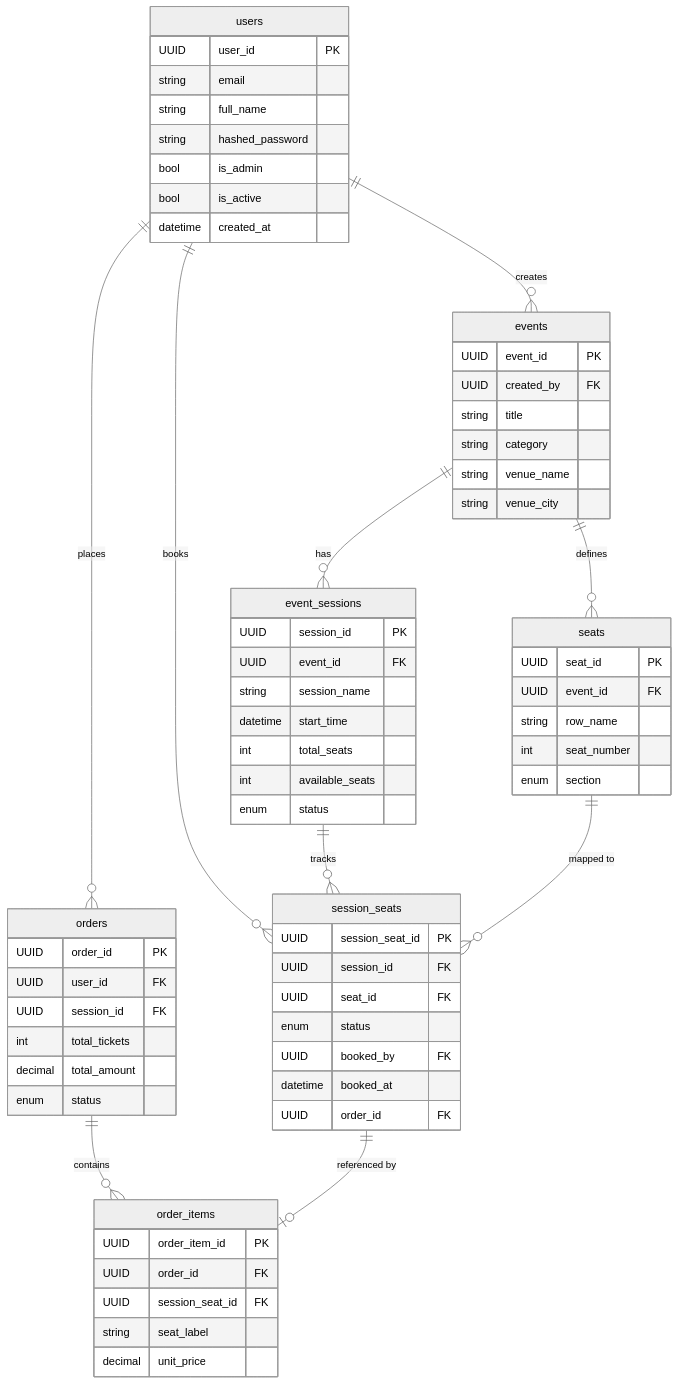
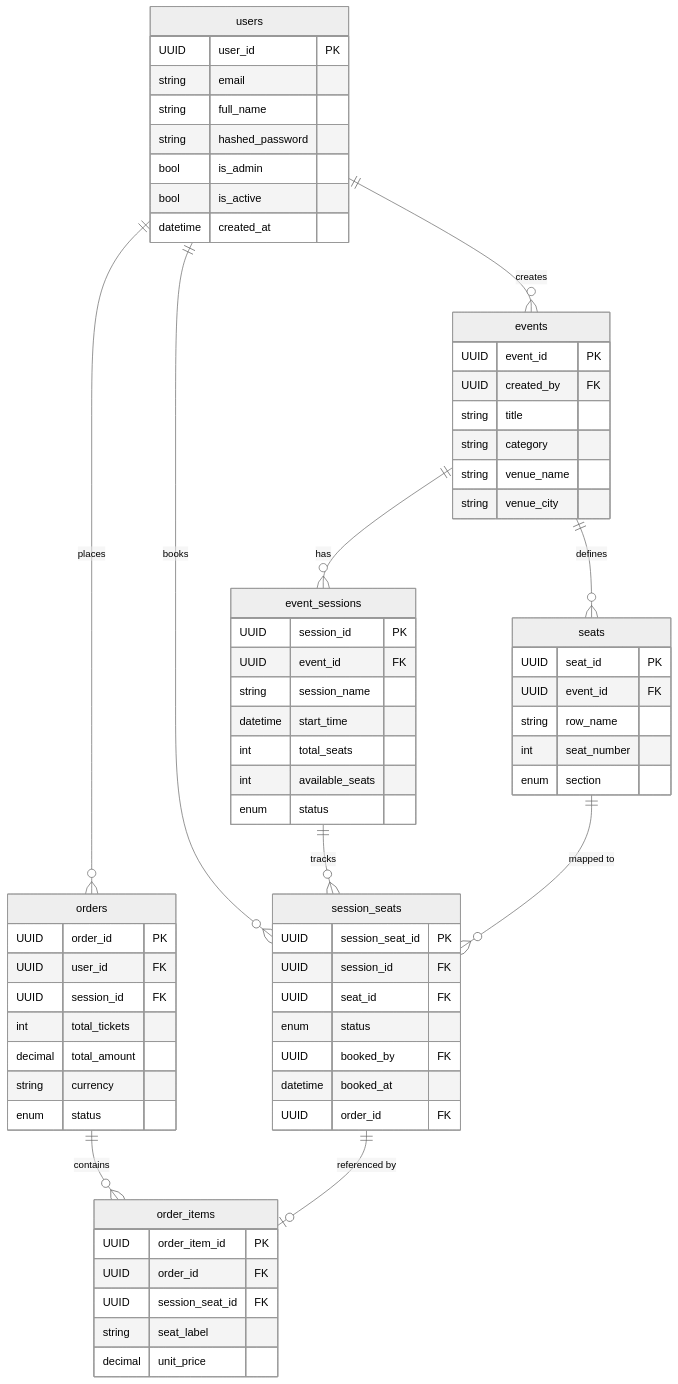
The second of 4 diagrams in README.md (Shailendra0801/FlashSeat), drawn with Mermaid (neutral theme) before and after one commit. The commit also changed other lines of this file and 69 other files, not shown here.

First line of the commit message:
rewrite frontend in React + TypeScript and complete core booking flow

````diff
--- a/README.md
+++ b/README.md
@@ -95,70 +345,71 @@
 ```mermaid
 erDiagram
     users {
         UUID user_id PK
         string email
         string full_name
         string hashed_password
         bool is_admin
         bool is_active
         datetime created_at
     }
     events {
         UUID event_id PK
         UUID created_by FK
         string title
         string category
         string venue_name
         string venue_city
     }
     event_sessions {
         UUID session_id PK
         UUID event_id FK
         string session_name
         datetime start_time
         int total_seats
         int available_seats
         enum status
     }
     seats {
         UUID seat_id PK
         UUID event_id FK
         string row_name
         int seat_number
         enum section
     }
     session_seats {
         UUID session_seat_id PK
         UUID session_id FK
         UUID seat_id FK
         enum status
         UUID booked_by FK
         datetime booked_at
         UUID order_id FK
     }
     orders {
         UUID order_id PK
         UUID user_id FK
         UUID session_id FK
         int total_tickets
         decimal total_amount
+        string currency
         enum status
     }
     order_items {
         UUID order_item_id PK
         UUID order_id FK
         UUID session_seat_id FK
         string seat_label
         decimal unit_price
     }
 
     users ||--o{ events : "creates"
     users ||--o{ orders : "places"
     users ||--o{ session_seats : "books"
     events ||--o{ event_sessions : "has"
     events ||--o{ seats : "defines"
     event_sessions ||--o{ session_seats : "tracks"
     seats ||--o{ session_seats : "mapped to"
     orders ||--o{ order_items : "contains"
     session_seats ||--o| order_items : "referenced by"
 ```
````
